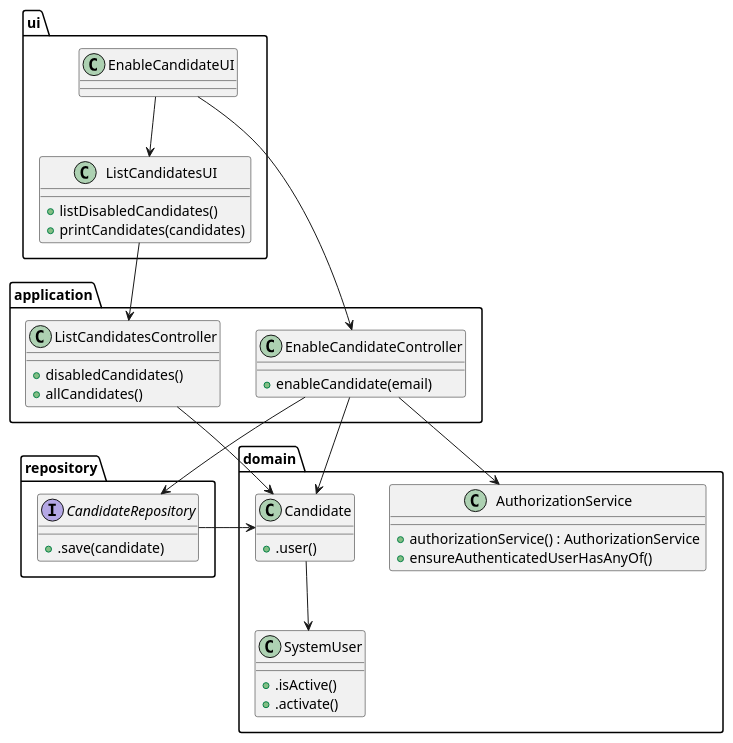
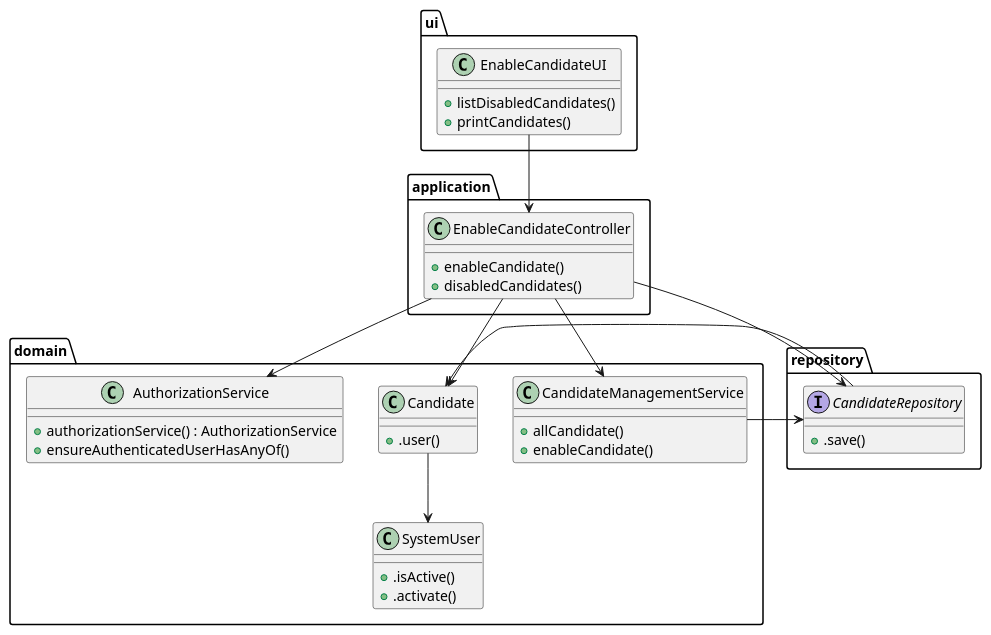
One commit to marcoferreira37/Lapr4 changed the diagram in docs/sprintC/2000b/puml/SD1_EnableCandidate/2000b-class-diagram.puml. Above: the diagram before and after it, drawn with PlantUML.

Commit message:
#37 last change in class diagram for enabling a candidate

```diff
--- a/docs/sprintC/2000b/puml/SD1_EnableCandidate/2000b-class-diagram.puml
+++ b/docs/sprintC/2000b/puml/SD1_EnableCandidate/2000b-class-diagram.puml
@@ -1,65 +1,62 @@
 @startuml
 
 
 
 
 package ui {
         class EnableCandidateUI {
+            +listDisabledCandidates()
+            +printCandidates()
         }
 
-        class ListCandidatesUI{
-            +listDisabledCandidates()
-            +printCandidates(candidates)
-        }
     }
 
 
 
 
     package application {
         class EnableCandidateController {
-            +enableCandidate(email)
-        }
-
-        class ListCandidatesController{
+            +enableCandidate()
             +disabledCandidates()
-            +allCandidates()
         }
     }
 
     package repository {
 
         interface CandidateRepository{
-            +.save(candidate)
+            +.save()
         }
     }
 
     package domain {
         class SystemUser{
             +.isActive()
             +.activate()
         }
 
         class AuthorizationService {
             +authorizationService() : AuthorizationService
             +ensureAuthenticatedUserHasAnyOf()
         }
 
         class Candidate {
             +.user()
         }
+        class CandidateManagementService{
+           +allCandidate()
+           +enableCandidate()
+        }
     }
 
 
 
+
+CandidateManagementService -> CandidateRepository
 EnableCandidateUI --> EnableCandidateController
-EnableCandidateUI --> ListCandidatesUI
-ListCandidatesUI --> ListCandidatesController
-ListCandidatesController --> Candidate
+CandidateRepository -> Candidate
 Candidate --> SystemUser
 EnableCandidateController --> Candidate
 EnableCandidateController --> CandidateRepository
-CandidateRepository -> Candidate
 EnableCandidateController --> AuthorizationService
-
+EnableCandidateController --> CandidateManagementService
 @enduml
```
